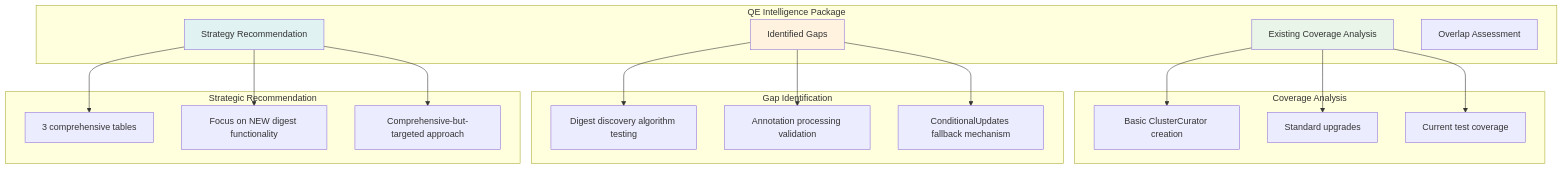
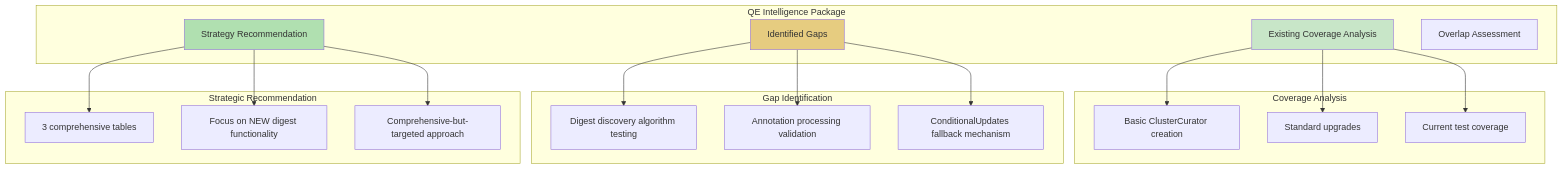
Before and after one commit to stolostron/ai-test-gen: diagram 24 of 29 in apps/claude-test-generator/docs/framework-workflow-details.md, drawn with Mermaid. The commit also changed other lines of this file and 15 other files, not shown here.

First line of the commit message:
🛡️ CRITICAL SECURITY: Implement comprehensive AI security architecture

````diff
--- a/apps/claude-test-generator/docs/framework-workflow-details.md
+++ b/apps/claude-test-generator/docs/framework-workflow-details.md
@@ -1387,43 +1365,43 @@
 ```mermaid
 flowchart TD
     subgraph "QE Intelligence Package"
         COVERAGE[Existing Coverage Analysis]
         GAPS[Identified Gaps]
         STRATEGY[Strategy Recommendation]
         OVERLAP[Overlap Assessment]
     end
     
     subgraph "Coverage Analysis"
         BASIC[Basic ClusterCurator creation]
         STANDARD[Standard upgrades]
         EXISTING[Current test coverage]
     end
     
     subgraph "Gap Identification"
         DIGEST[Digest discovery algorithm testing]
         ANNOTATION[Annotation processing validation]
         FALLBACK[ConditionalUpdates fallback mechanism]
     end
     
     subgraph "Strategic Recommendation"
         TABLES[3 comprehensive tables]
         FOCUS[Focus on NEW digest functionality]
         TARGETED[Comprehensive-but-targeted approach]
     end
     
     COVERAGE --> BASIC
     COVERAGE --> STANDARD
     COVERAGE --> EXISTING
     
     GAPS --> DIGEST
     GAPS --> ANNOTATION
     GAPS --> FALLBACK
     
     STRATEGY --> TABLES
     STRATEGY --> FOCUS
     STRATEGY --> TARGETED
     
-    style COVERAGE fill:#e8f5e8
-    style GAPS fill:#fff3e0
-    style STRATEGY fill:#e0f2f1
+    style COVERAGE fill:#c8e6c8
+    style GAPS fill:#e6cc80
+    style STRATEGY fill:#b0e0b0
 ```
````
